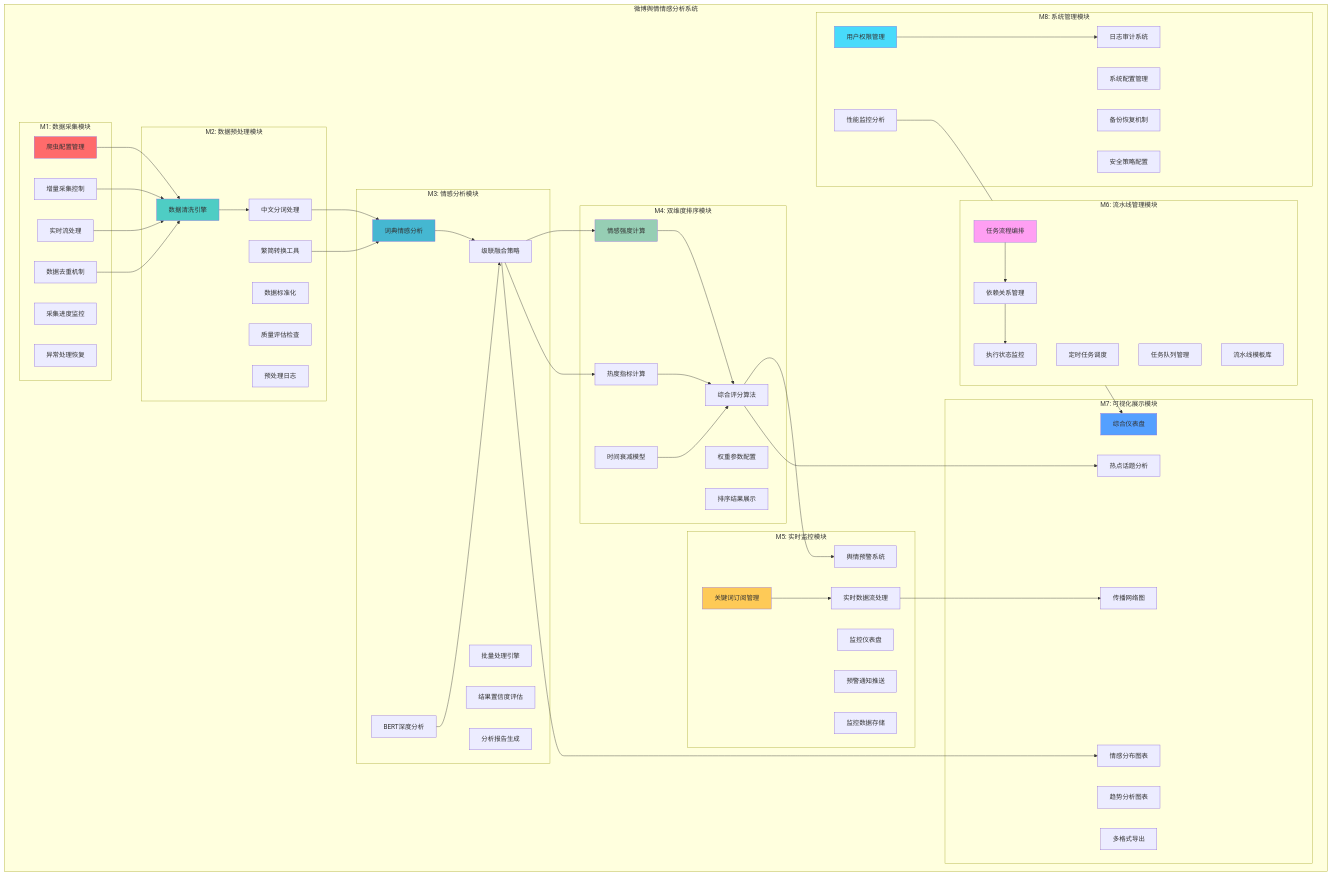
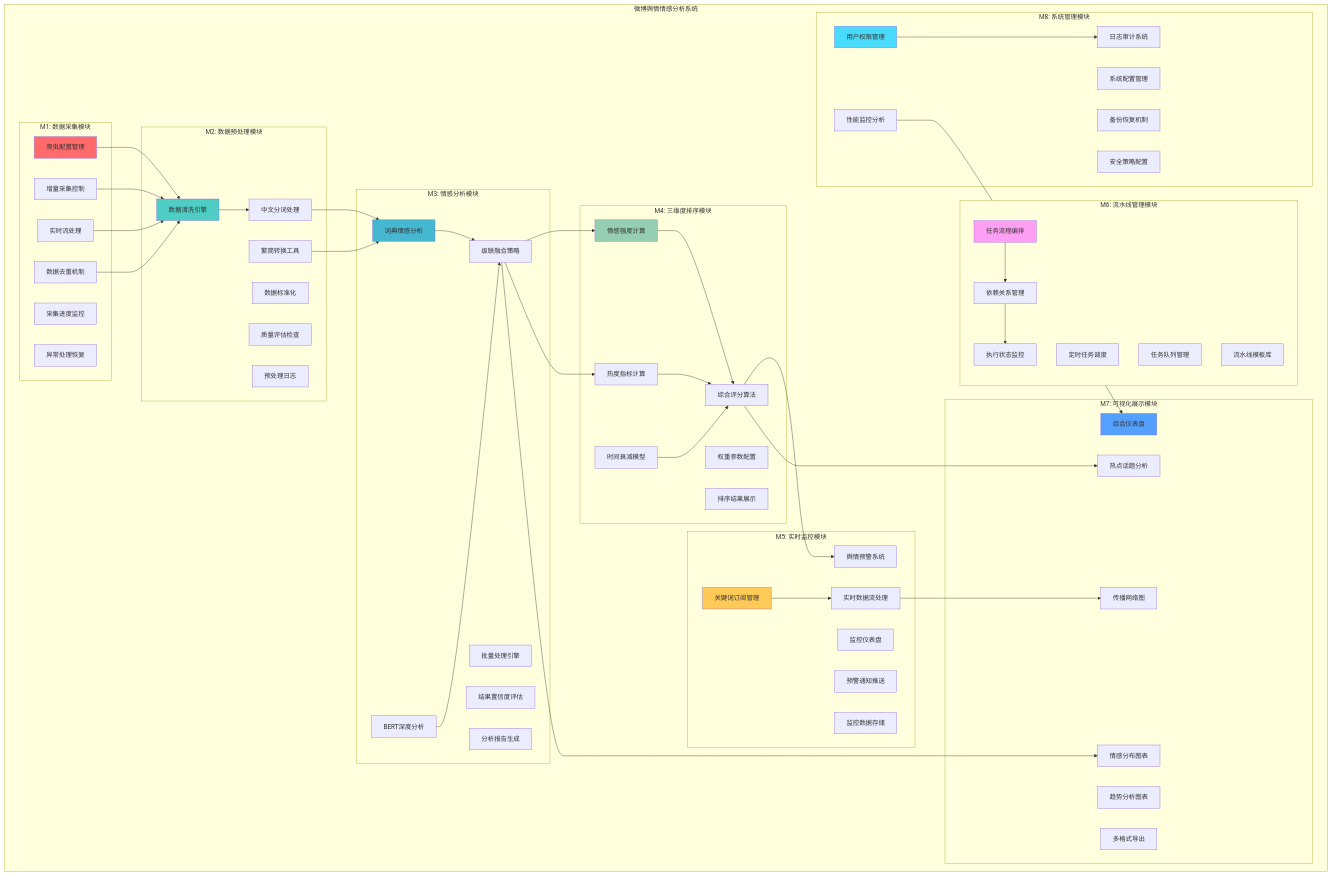
The second of 6 diagrams in docs/thesis-diagrams/chapter-4-system-design.md (MOST951/Graduation-Design), drawn with Mermaid before and after one commit. The commit also changed other lines of this file and 143 other files, not shown here.

```diff
--- a/docs/thesis-diagrams/chapter-4-system-design.md
+++ b/docs/thesis-diagrams/chapter-4-system-design.md
@@ -154,7 +154,7 @@
             M3F6[分析报告生成]
         end
         
-        subgraph "M4: 双维度排序模块"
+        subgraph "M4: 三维度排序模块"
             M4F1[情感强度计算]
             M4F2[热度指标计算]
             M4F3[时间衰减模型]
```
